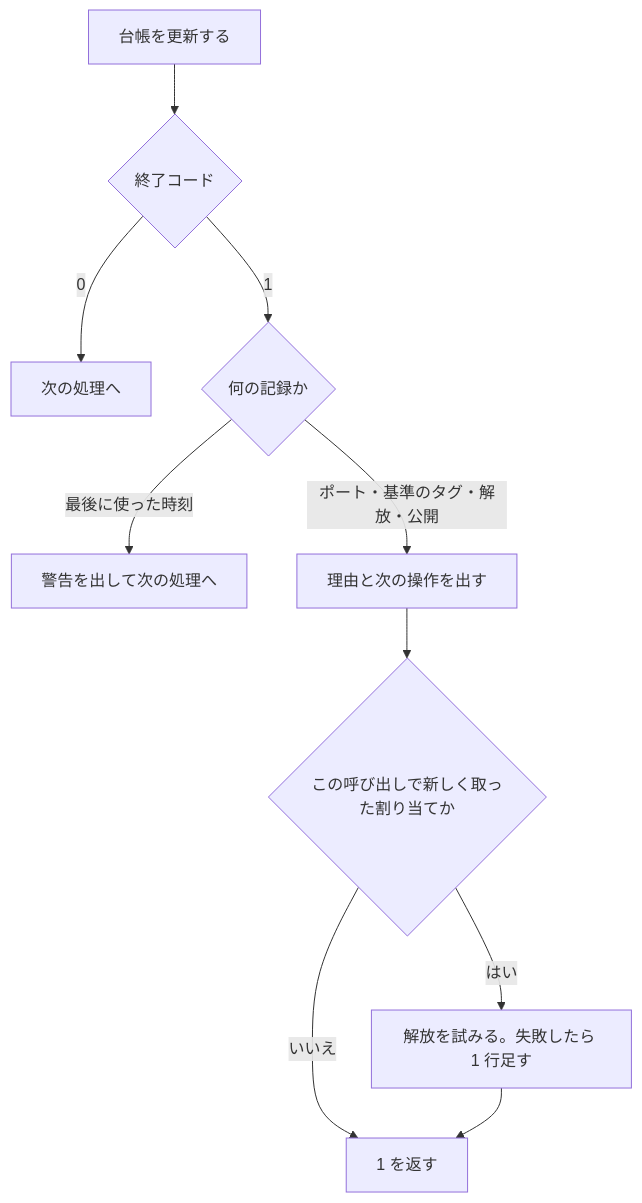
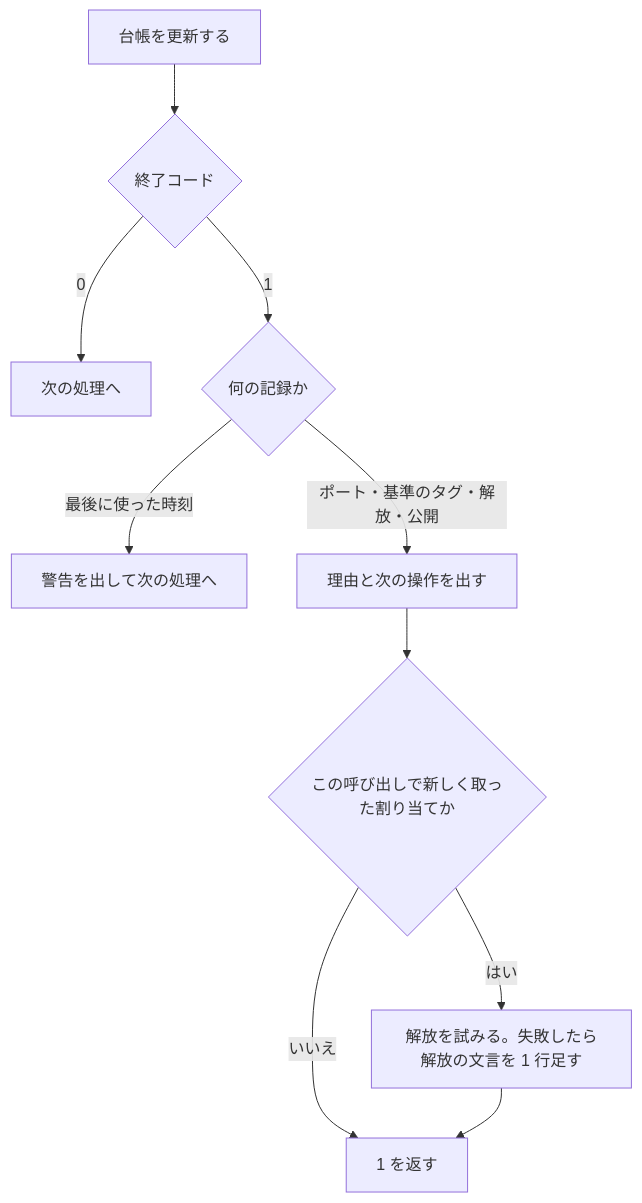
The fourth of 4 diagrams in issues/issue-312-315-design.md (devbasex/ai-plugins), drawn with Mermaid before and after one commit. The commit also changed other lines of this file, not shown here.

````diff
--- a/issues/issue-312-315-design.md
+++ b/issues/issue-312-315-design.md
@@ -143,12 +143,12 @@
 ```mermaid
 graph TD
     A[台帳を更新する] --> B{終了コード}
     B -- 0 --> C[次の処理へ]
     B -- 1 --> D{何の記録か}
     D -- 最後に使った時刻 --> E[警告を出して次の処理へ]
     D -- ポート・基準のタグ・解放・公開 --> F[理由と次の操作を出す]
     F --> G{この呼び出しで新しく取った割り当てか}
-    G -- はい --> H[解放を試みる。失敗したら 1 行足す]
+    G -- はい --> H[解放を試みる。失敗したら解放の文言を 1 行足す]
     G -- いいえ --> I[1 を返す]
     H --> I
 ```
````
